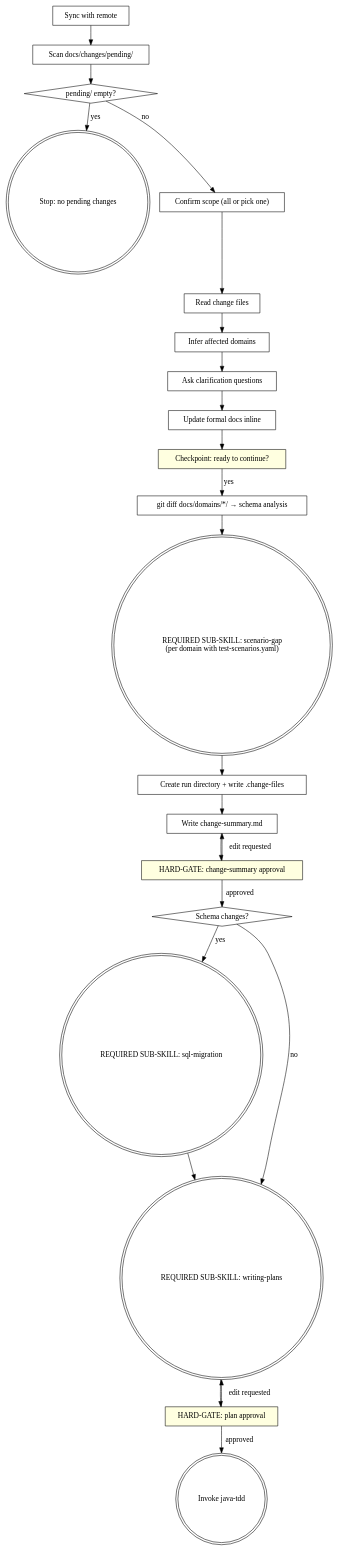
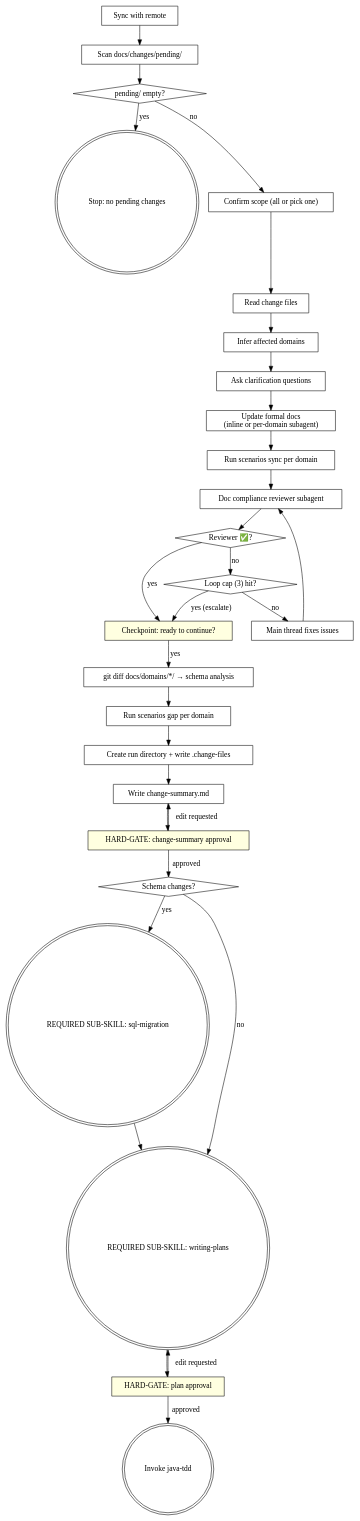
One commit to honghaowuu/jkit changed the diagram in skills/spec-delta/SKILL.md. Above: the diagram before and after it, drawn with Graphviz. The commit also changed other lines of this file and 3 other files, not shown here.

````diff
--- a/skills/spec-delta/SKILL.md
+++ b/skills/spec-delta/SKILL.md
@@ -30,47 +32,59 @@
 ```dot
 digraph spec_delta {
     "Sync with remote" [shape=box];
     "Scan docs/changes/pending/" [shape=box];
     "pending/ empty?" [shape=diamond];
     "Stop: no pending changes" [shape=doublecircle];
     "Confirm scope (all or pick one)" [shape=box];
     "Read change files" [shape=box];
     "Infer affected domains" [shape=box];
     "Ask clarification questions" [shape=box];
-    "Update formal docs inline" [shape=box];
+    "Update formal docs\n(inline or per-domain subagent)" [shape=box];
+    "Run scenarios sync per domain" [shape=box];
+    "Doc compliance reviewer subagent" [shape=box];
+    "Reviewer ✅?" [shape=diamond];
+    "Main thread fixes issues" [shape=box];
+    "Loop cap (3) hit?" [shape=diamond];
     "Checkpoint: ready to continue?" [shape=box style=filled fillcolor=lightyellow];
     "git diff docs/domains/*/ → schema analysis" [shape=box];
-    "REQUIRED SUB-SKILL: scenario-gap\n(per domain with test-scenarios.yaml)" [shape=doublecircle];
+    "Run scenarios gap per domain" [shape=box];
     "Create run directory + write .change-files" [shape=box];
     "Write change-summary.md" [shape=box];
     "HARD-GATE: change-summary approval" [shape=box style=filled fillcolor=lightyellow];
     "Schema changes?" [shape=diamond];
     "REQUIRED SUB-SKILL: sql-migration" [shape=doublecircle];
     "REQUIRED SUB-SKILL: writing-plans" [shape=doublecircle];
     "HARD-GATE: plan approval" [shape=box style=filled fillcolor=lightyellow];
     "Invoke java-tdd" [shape=doublecircle];
 
     "Sync with remote" -> "Scan docs/changes/pending/";
     "Scan docs/changes/pending/" -> "pending/ empty?";
     "pending/ empty?" -> "Stop: no pending changes" [label="yes"];
     "pending/ empty?" -> "Confirm scope (all or pick one)" [label="no"];
     "Confirm scope (all or pick one)" -> "Read change files";
     "Read change files" -> "Infer affected domains";
     "Infer affected domains" -> "Ask clarification questions";
-    "Ask clarification questions" -> "Update formal docs inline";
-    "Update formal docs inline" -> "Checkpoint: ready to continue?";
+    "Ask clarification questions" -> "Update formal docs\n(inline or per-domain subagent)";
+    "Update formal docs\n(inline or per-domain subagent)" -> "Run scenarios sync per domain";
+    "Run scenarios sync per domain" -> "Doc compliance reviewer subagent";
+    "Doc compliance reviewer subagent" -> "Reviewer ✅?";
+    "Reviewer ✅?" -> "Checkpoint: ready to continue?" [label="yes"];
+    "Reviewer ✅?" -> "Loop cap (3) hit?" [label="no"];
+    "Loop cap (3) hit?" -> "Main thread fixes issues" [label="no"];
+    "Loop cap (3) hit?" -> "Checkpoint: ready to continue?" [label="yes (escalate)"];
+    "Main thread fixes issues" -> "Doc compliance reviewer subagent";
     "Checkpoint: ready to continue?" -> "git diff docs/domains/*/ → schema analysis" [label="yes"];
-    "git diff docs/domains/*/ → schema analysis" -> "REQUIRED SUB-SKILL: scenario-gap\n(per domain with test-scenarios.yaml)";
-    "REQUIRED SUB-SKILL: scenario-gap\n(per domain with test-scenarios.yaml)" -> "Create run directory + write .change-files";
+    "git diff docs/domains/*/ → schema analysis" -> "Run scenarios gap per domain";
+    "Run scenarios gap per domain" -> "Create run directory + write .change-files";
     "Create run directory + write .change-files" -> "Write change-summary.md";
     "Write change-summary.md" -> "HARD-GATE: change-summary approval";
     "HARD-GATE: change-summary approval" -> "Write change-summary.md" [label="edit requested"];
     "HARD-GATE: change-summary approval" -> "Schema changes?" [label="approved"];
     "Schema changes?" -> "REQUIRED SUB-SKILL: sql-migration" [label="yes"];
     "Schema changes?" -> "REQUIRED SUB-SKILL: writing-plans" [label="no"];
     "REQUIRED SUB-SKILL: sql-migration" -> "REQUIRED SUB-SKILL: writing-plans";
     "REQUIRED SUB-SKILL: writing-plans" -> "HARD-GATE: plan approval";
     "HARD-GATE: plan approval" -> "Invoke java-tdd" [label="approved"];
     "HARD-GATE: plan approval" -> "REQUIRED SUB-SKILL: writing-plans" [label="edit requested"];
 }
 ```
````
